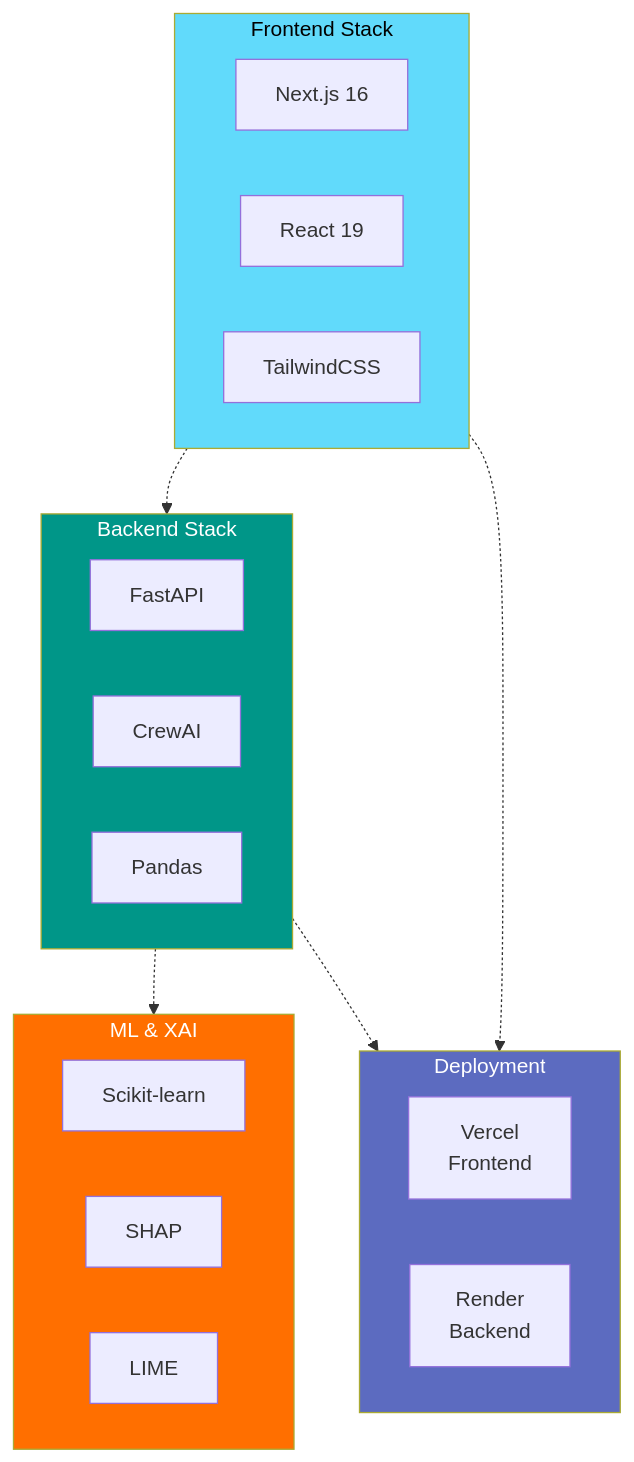
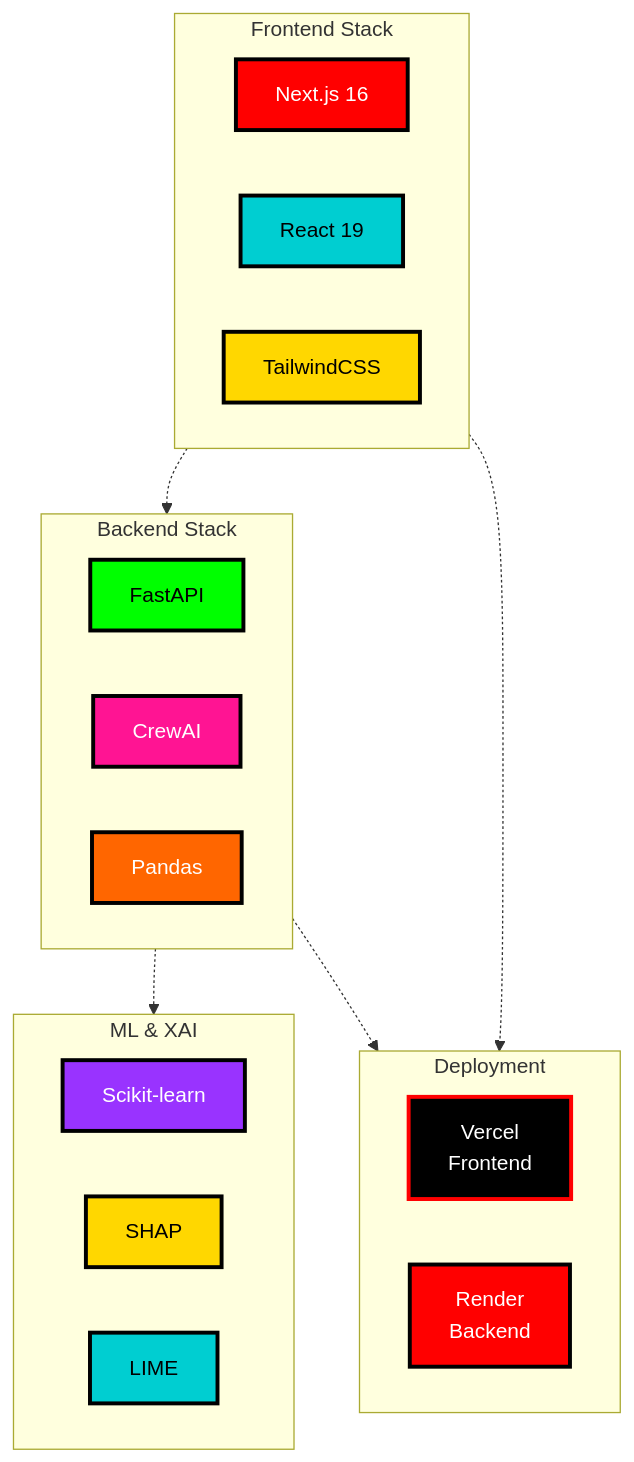
The fifth of 5 diagrams in diagram.md (siddharth-narigra/crewai-eda-pipeline), drawn with Mermaid before and after one commit. The commit also changed other lines of this file, not shown here.

Commit message:
Details to the diagrams

````diff
--- a/diagram.md
+++ b/diagram.md
@@ -134,35 +144,42 @@
 ```mermaid
 flowchart TB
     subgraph Frontend["Frontend Stack"]
         NextJS[Next.js 16]
         React[React 19]
         Tailwind[TailwindCSS]
     end
     
     subgraph Backend["Backend Stack"]
         FastAPI[FastAPI]
         CrewAI[CrewAI]
         Pandas[Pandas]
     end
     
     subgraph ML["ML & XAI"]
         SKLearn[Scikit-learn]
         SHAP[SHAP]
         LIME[LIME]
     end
     
     subgraph Deploy["Deployment"]
         Vercel[Vercel<br/>Frontend]
         Render[Render<br/>Backend]
     end
     
     Frontend -.-> Backend
     Backend -.-> ML
     Frontend -.-> Deploy
     Backend -.-> Deploy
     
-    style Frontend fill:#61dafb,color:#000
-    style Backend fill:#009688,color:#fff
-    style ML fill:#ff6f00,color:#fff
-    style Deploy fill:#5c6bc0,color:#fff
+    style NextJS fill:#FF0000,stroke:#000,stroke-width:3px,color:#fff
+    style React fill:#00CED1,stroke:#000,stroke-width:3px,color:#000
+    style Tailwind fill:#FFD700,stroke:#000,stroke-width:3px,color:#000
+    style FastAPI fill:#00FF00,stroke:#000,stroke-width:3px,color:#000
+    style CrewAI fill:#FF1493,stroke:#000,stroke-width:3px,color:#fff
+    style Pandas fill:#FF6600,stroke:#000,stroke-width:3px,color:#fff
+    style SKLearn fill:#9933FF,stroke:#000,stroke-width:3px,color:#fff
+    style SHAP fill:#FFD700,stroke:#000,stroke-width:3px,color:#000
+    style LIME fill:#00CED1,stroke:#000,stroke-width:3px,color:#000
+    style Vercel fill:#000,stroke:#FF0000,stroke-width:3px,color:#fff
+    style Render fill:#FF0000,stroke:#000,stroke-width:3px,color:#fff
 ```
````
